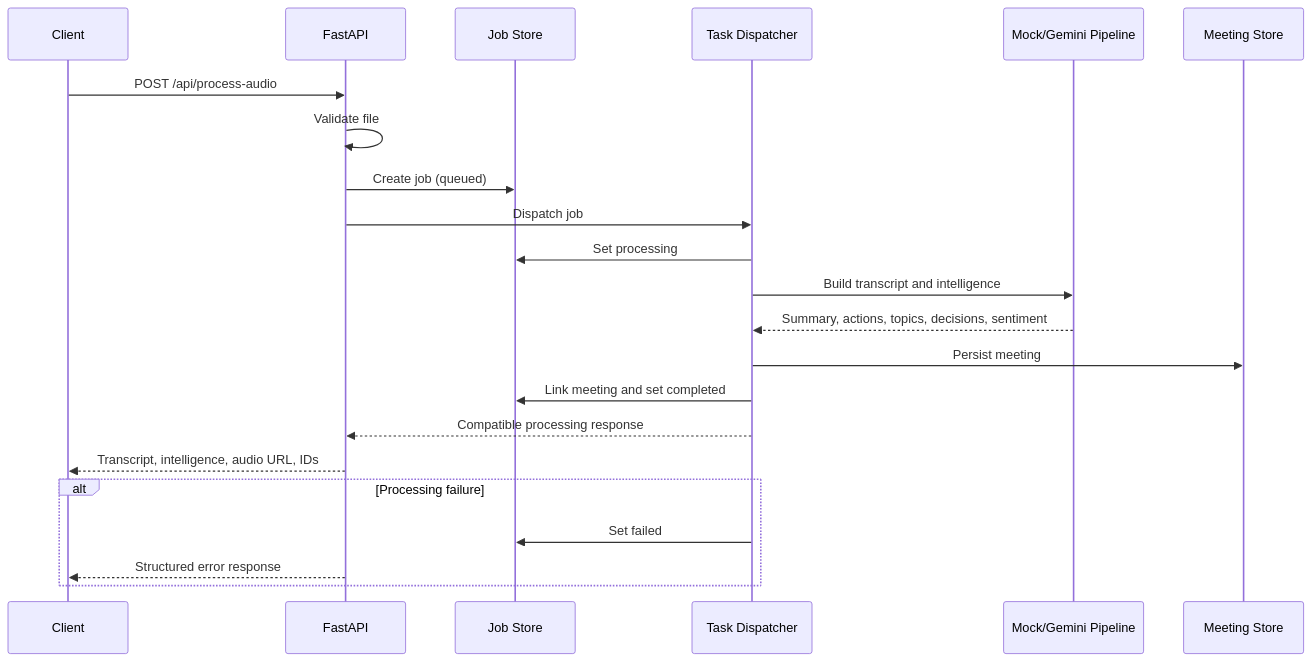
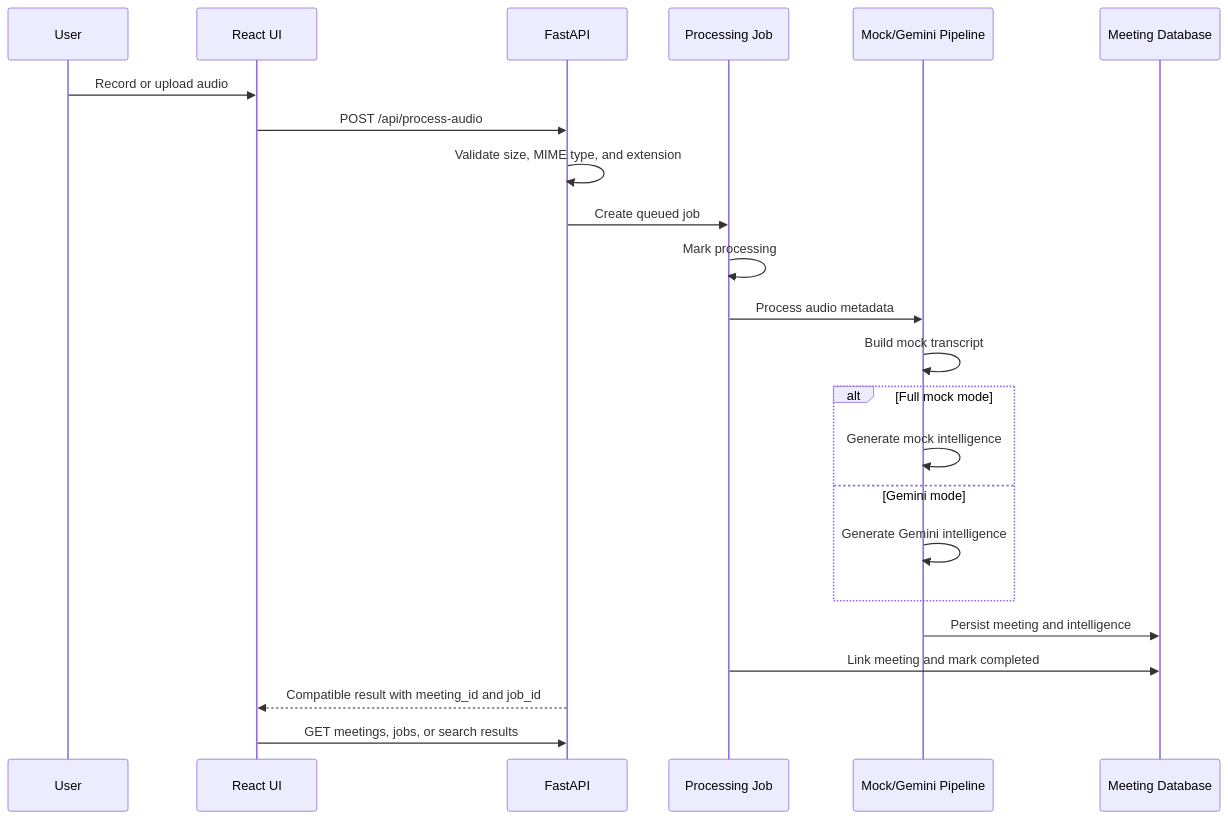
One commit to ayushxt25/Whisper changed the second of 2 diagrams in README.md. Above: the diagram before and after it, drawn with Mermaid. The commit also changed other lines of this file and 6 other files, not shown here.

````diff
--- a/README.md
+++ b/README.md
@@ -63,25 +78,26 @@
 ```mermaid
 sequenceDiagram
-    participant Client
+    participant User
+    participant UI as React UI
     participant API as FastAPI
-    participant Jobs as Job Store
-    participant Task as Task Dispatcher
+    participant Job as Processing Job
     participant AI as Mock/Gemini Pipeline
-    participant DB as Meeting Store
+    participant DB as Meeting Database
 
-    Client->>API: POST /api/process-audio
-    API->>API: Validate file
-    API->>Jobs: Create job (queued)
-    API->>Task: Dispatch job
-    Task->>Jobs: Set processing
-    Task->>AI: Build transcript and intelligence
-    AI-->>Task: Summary, actions, topics, decisions, sentiment
-    Task->>DB: Persist meeting
-    Task->>Jobs: Link meeting and set completed
-    Task-->>API: Compatible processing response
-    API-->>Client: Transcript, intelligence, audio URL, IDs
-    alt Processing failure
-        Task->>Jobs: Set failed
-        API-->>Client: Structured error response
+    User->>UI: Record or upload audio
+    UI->>API: POST /api/process-audio
+    API->>API: Validate size, MIME type, and extension
+    API->>Job: Create queued job
+    Job->>Job: Mark processing
+    Job->>AI: Process audio metadata
+    AI->>AI: Build mock transcript
+    alt Full mock mode
+        AI->>AI: Generate mock intelligence
+    else Gemini mode
+        AI->>AI: Generate Gemini intelligence
     end
+    AI->>DB: Persist meeting and intelligence
+    Job->>DB: Link meeting and mark completed
+    API-->>UI: Compatible result with meeting_id and job_id
+    UI->>API: GET meetings, jobs, or search results
 ```
````
